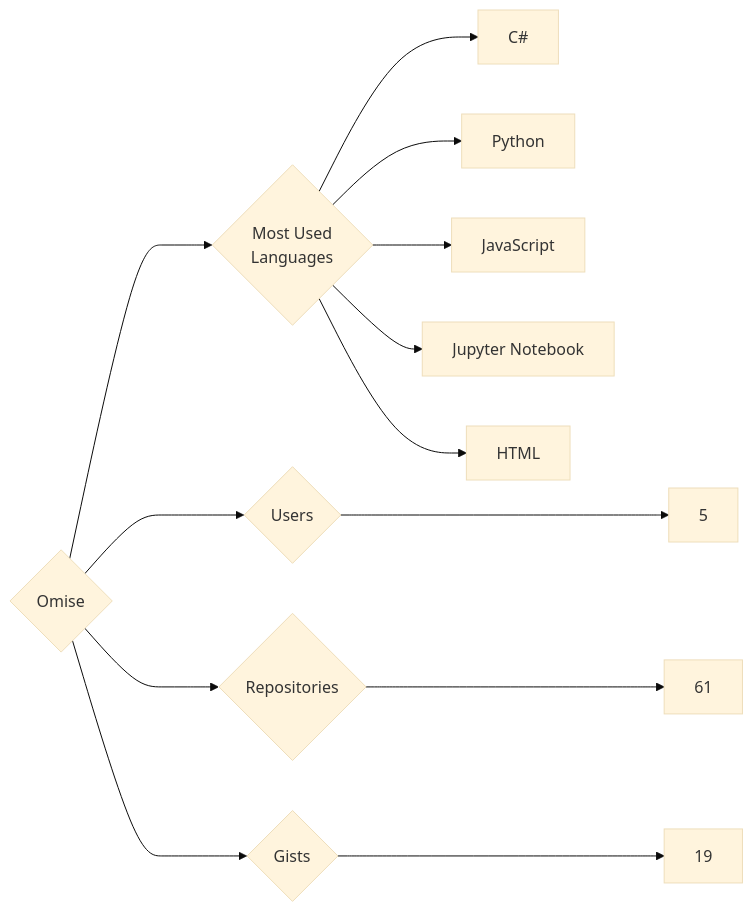
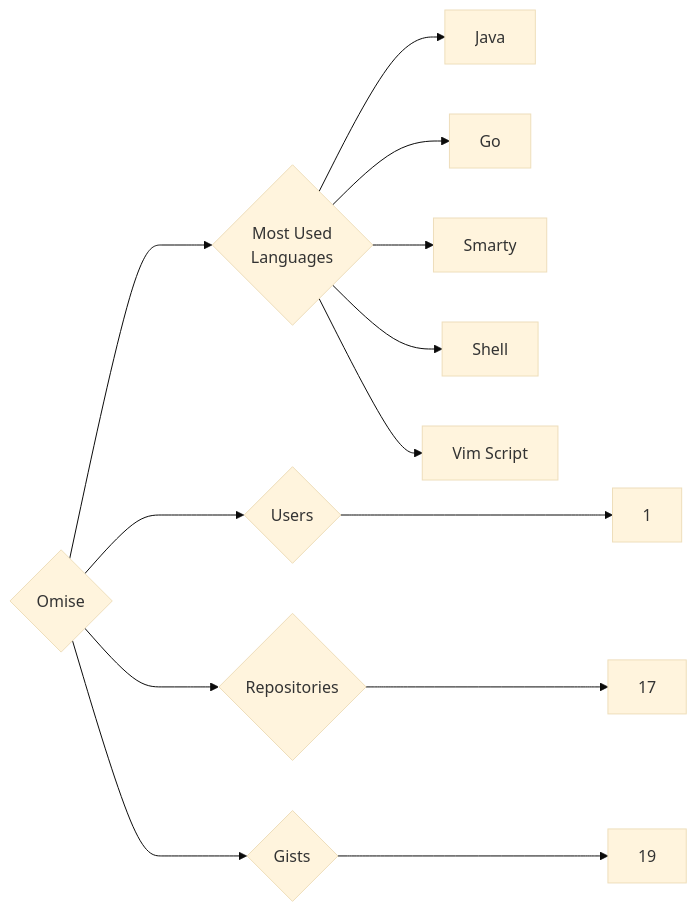
One commit to trickest/insiders changed the diagram in targets/Omise/README.md. Above: the diagram before and after it, drawn with Mermaid (base theme). The commit also changed 748 other files, not shown here.

````diff
--- a/targets/Omise/README.md
+++ b/targets/Omise/README.md
@@ -3,13 +3,13 @@
 ```mermaid
 graph LR
 COMPANY_NAME{Omise}
-COMPANY_NAME ---> U{Users} ---> UN[5]
-COMPANY_NAME ---> R{Repositories} ---> RN[61]
+COMPANY_NAME ---> U{Users} ---> UN[1]
+COMPANY_NAME ---> R{Repositories} ---> RN[17]
 COMPANY_NAME ---> G{Gists} ---> GN[19]
 COMPANY_NAME ---> ML{Most Used<br>Languages}
-ML --> C#[C#]
-ML --> Python[Python]
-ML --> JavaScript[JavaScript]
-ML --> Jupyter_Notebook[Jupyter Notebook]
-ML --> HTML[HTML]
+ML --> Java[Java]
+ML --> Go[Go]
+ML --> Smarty[Smarty]
+ML --> Shell[Shell]
+ML --> Vim_Script[Vim Script]
 ```
````
